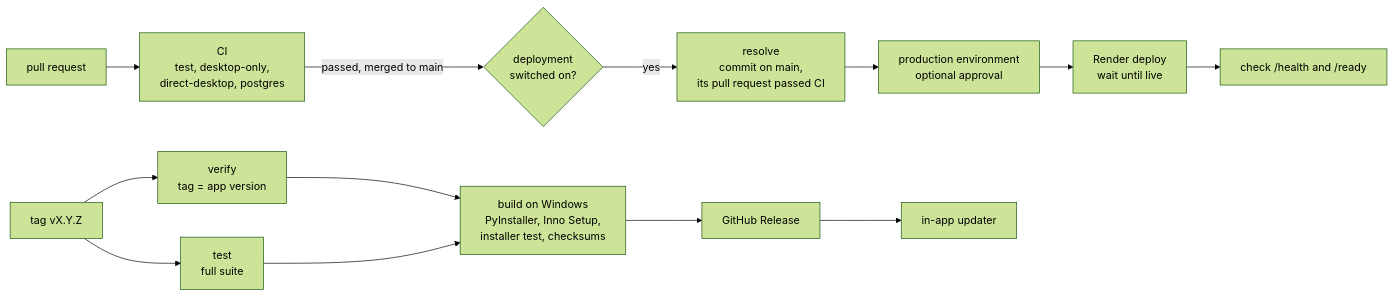
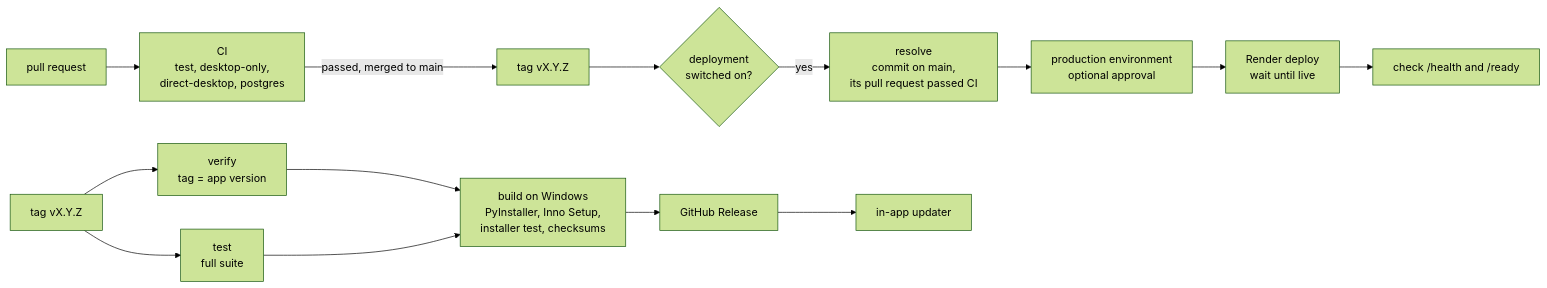
One commit to Ramtin-Mandom/Schedule_Maxing changed the diagram in docs/ci-cd.md. Above: the diagram before and after it, drawn with Mermaid (forest theme). The commit also changed other lines of this file and 6 other files, not shown here.

````diff
--- a/docs/ci-cd.md
+++ b/docs/ci-cd.md
@@ -17,16 +19,17 @@
 ```mermaid
 flowchart LR
     push[pull request] --> ci[CI<br/>test, desktop-only,<br/>direct-desktop, postgres]
-    ci -- passed, merged to main --> gate{deployment<br/>switched on?}
+    ci -- passed, merged to main --> rtag[tag vX.Y.Z]
+    rtag --> gate{deployment<br/>switched on?}
     gate -- yes --> resolve[resolve<br/>commit on main,<br/>its pull request passed CI]
     resolve --> approve[production environment<br/>optional approval]
     approve --> deploy[Render deploy<br/>wait until live]
     deploy --> check["check /health and /ready"]
 
     tag[tag vX.Y.Z] --> verify[verify<br/>tag = app version]
     tag --> rtest[test<br/>full suite]
     verify --> build[build on Windows<br/>PyInstaller, Inno Setup,<br/>installer test, checksums]
     rtest --> build
     build --> publish[GitHub Release]
     publish --> updater[in-app updater]
 ```
````
